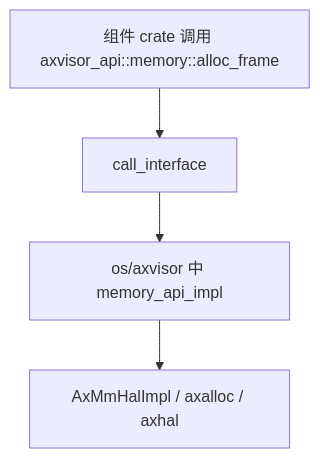
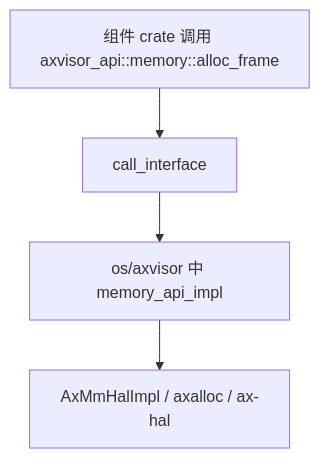
One commit to zKurisu/tgoskits changed the first of 2 diagrams in docs/crates/axvisor_api.md. Above: the diagram before and after it, drawn with Mermaid. The commit also changed other lines of this file and 158 other files, not shown here.

Commit message:
rename axhal to ax-hal

````diff
--- a/docs/crates/axvisor_api.md
+++ b/docs/crates/axvisor_api.md
@@ -186,6 +186,6 @@
 ```mermaid
 flowchart TD
     A[组件 crate 调用 axvisor_api::memory::alloc_frame] --> B[call_interface]
     B --> C[os/axvisor 中 memory_api_impl]
-    C --> D[AxMmHalImpl / axalloc / axhal]
+    C --> D[AxMmHalImpl / axalloc / ax-hal]
 ```
````
